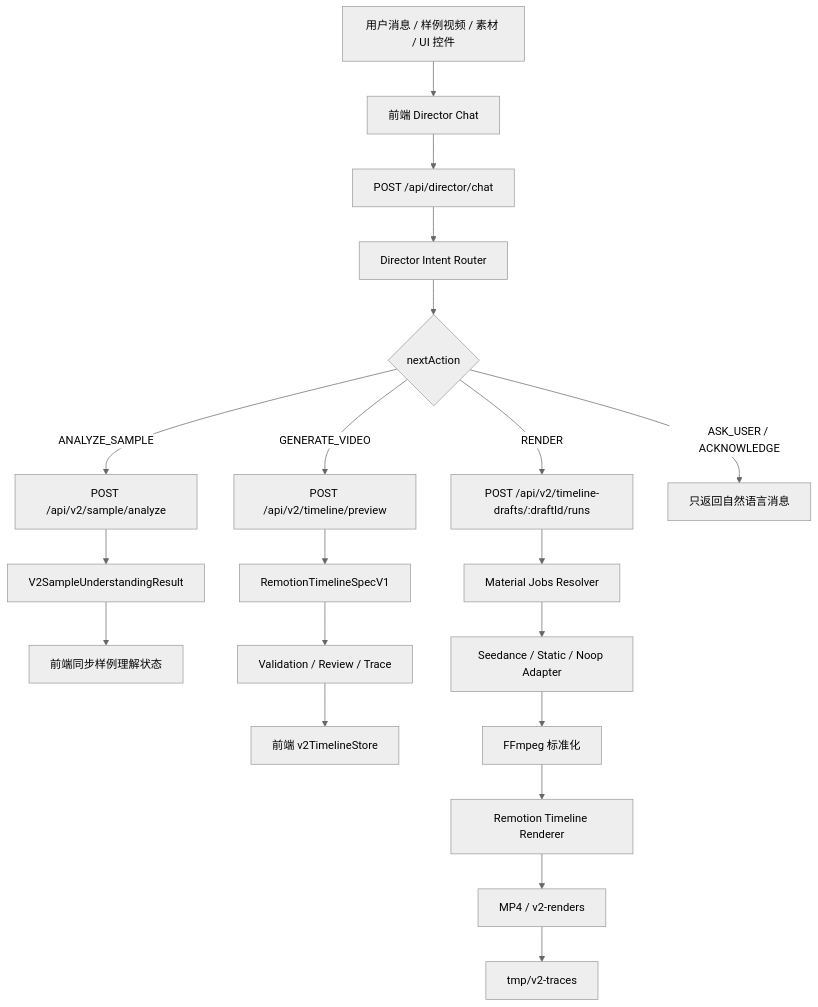
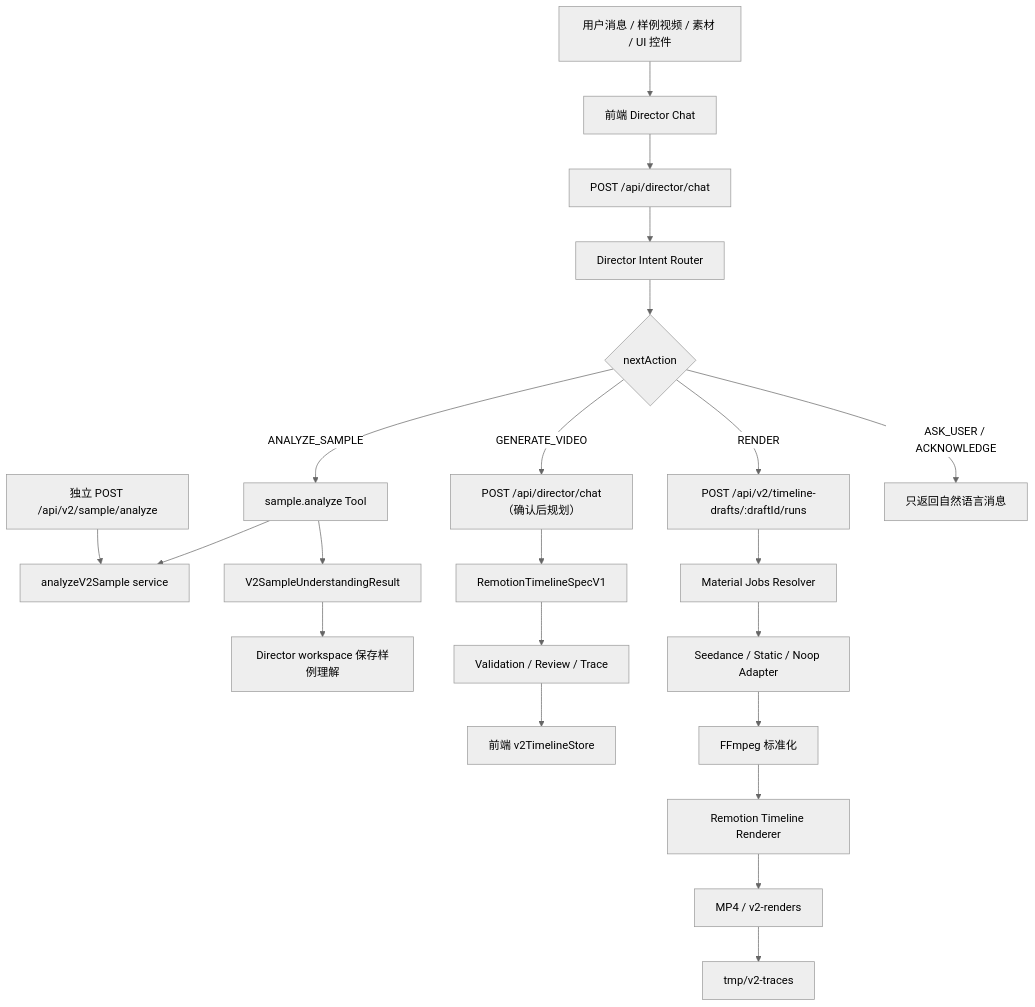
Before and after one commit to liumu2024/AUTO_Audio: the first of 3 diagrams in PROJECT_CURRENT_STATE.md, drawn with Mermaid (neutral theme). The commit also changed other lines of this file and 95 other files, not shown here.

````diff
--- a/PROJECT_CURRENT_STATE.md
+++ b/PROJECT_CURRENT_STATE.md
@@ -1361,22 +1361,24 @@
 ```mermaid
 flowchart TD
   U["用户消息 / 样例视频 / 素材 / UI 控件"] --> FE["前端 Director Chat"]
   FE --> CHAT["POST /api/director/chat"]
   CHAT --> ROUTER["Director Intent Router"]
   ROUTER --> ACTION{"nextAction"}
-  ACTION -->|ANALYZE_SAMPLE| SAMPLE["POST /api/v2/sample/analyze"]
-  ACTION -->|GENERATE_VIDEO| PREVIEW["POST /api/v2/timeline/preview"]
+  ACTION -->|ANALYZE_SAMPLE| SAMPLE["sample.analyze Tool"]
+  SAMPLE --> SAMPLE_SERVICE["analyzeV2Sample service"]
+  HTTP_SAMPLE["独立 POST /api/v2/sample/analyze"] --> SAMPLE_SERVICE
+  ACTION -->|GENERATE_VIDEO| PREVIEW["POST /api/director/chat（确认后规划）"]
   ACTION -->|RENDER| RUN["POST /api/v2/timeline-drafts/:draftId/runs"]
   ACTION -->|ASK_USER / ACKNOWLEDGE| MSG["只返回自然语言消息"]
   SAMPLE --> UNDERSTANDING["V2SampleUnderstandingResult"]
-  UNDERSTANDING --> STORE_SAMPLE["前端同步样例理解状态"]
+  UNDERSTANDING --> STORE_SAMPLE["Director workspace 保存样例理解"]
   PREVIEW --> SPEC["RemotionTimelineSpecV1"]
   SPEC --> REVIEW["Validation / Review / Trace"]
   REVIEW --> STORE_TIMELINE["前端 v2TimelineStore"]
   RUN --> MATERIAL["Material Jobs Resolver"]
   MATERIAL --> GEN["Seedance / Static / Noop Adapter"]
   GEN --> STD["FFmpeg 标准化"]
   STD --> REMOTION["Remotion Timeline Renderer"]
   REMOTION --> OUT["MP4 / v2-renders"]
   OUT --> TRACE["tmp/v2-traces"]
 ```
````
